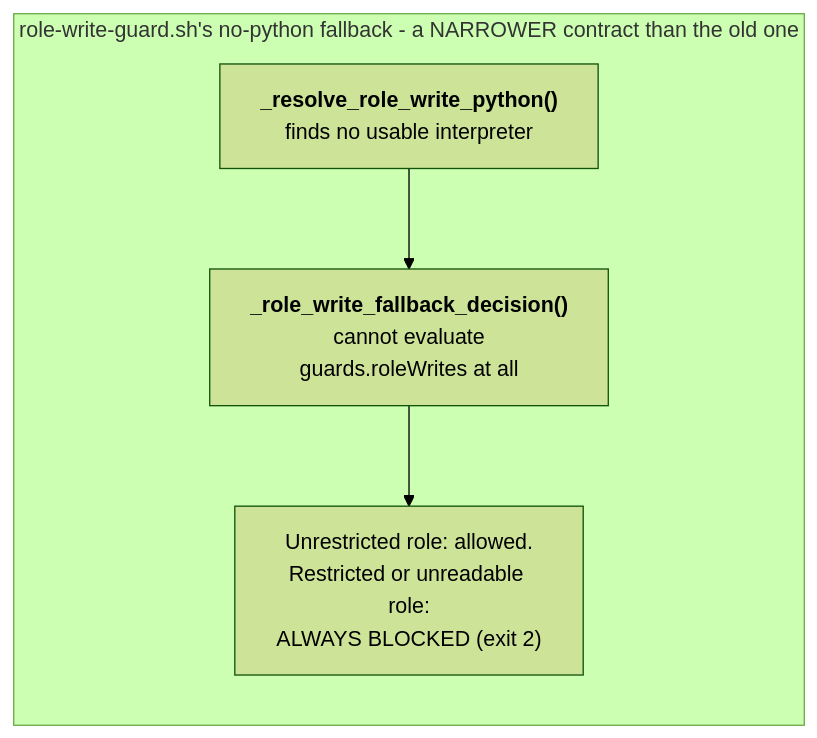
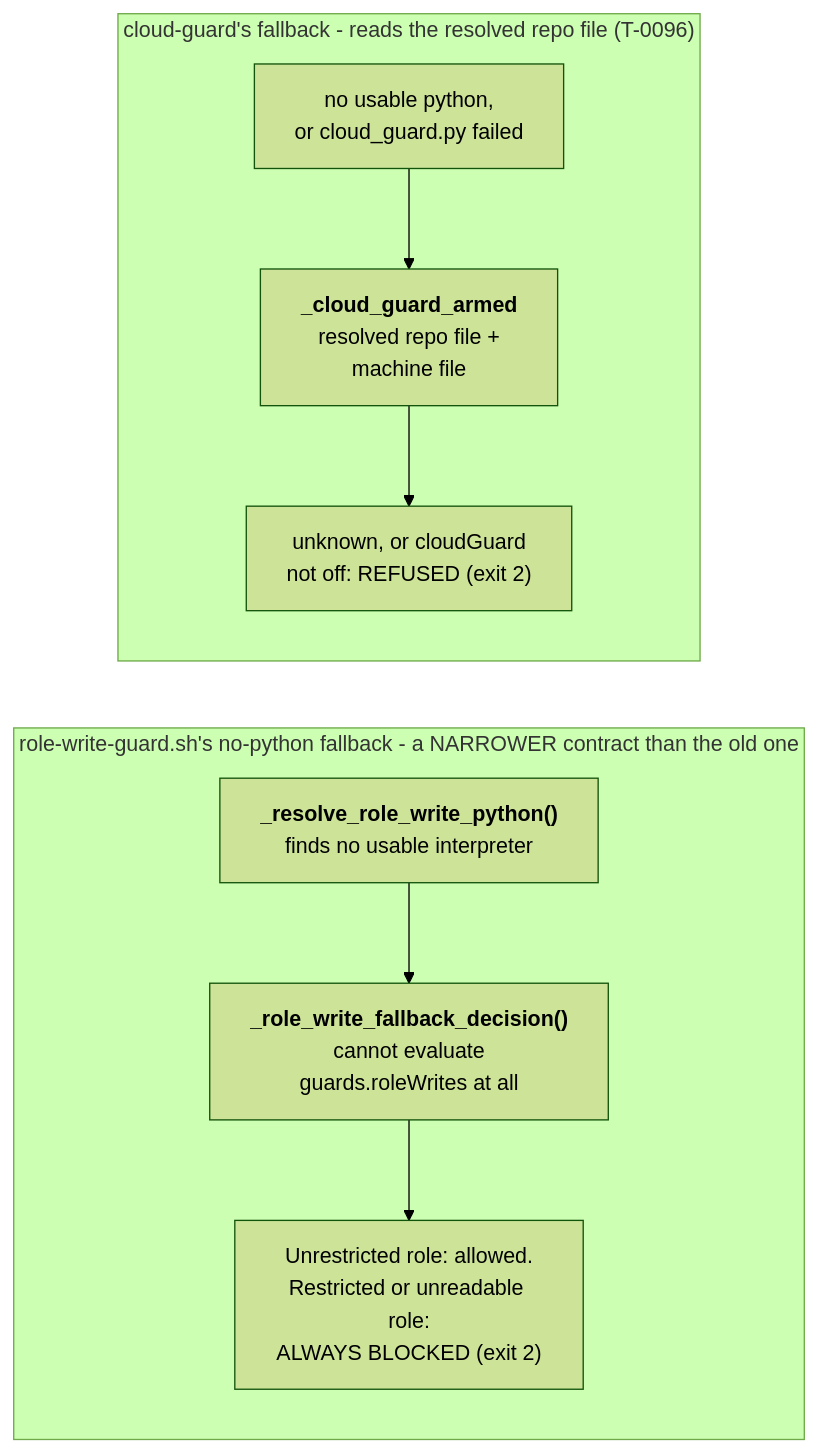
Before and after one commit to mbadali25/useful-claude-add-ons: the fourth of 36 diagrams in docs/diagrams/README.md, drawn with Mermaid (forest theme). The commit also changed other lines of this file and 20 other files, not shown here.

First line of the commit message:
T-0096: docs, verify rule, code map, diagrams; ticket folder removed (ships as code and CHANGELOG)

````diff
--- a/docs/diagrams/README.md
+++ b/docs/diagrams/README.md
@@ -191,11 +191,19 @@
 ```mermaid
 flowchart LR
 
     subgraph NoPython["role-write-guard.sh's no-python fallback - a NARROWER contract than the old one"]
         direction TB
         NP1["<b>_resolve_role_write_python()</b><br/>finds no usable interpreter"]
         NP2["<b>_role_write_fallback_decision()</b><br/>cannot evaluate<br/>guards.roleWrites at all"]
         NP3["Unrestricted role: allowed.<br/>Restricted or unreadable role:<br/>ALWAYS BLOCKED (exit 2)"]
         NP1 --> NP2 --> NP3
     end
+
+    subgraph CloudNoPython["cloud-guard's fallback - reads the resolved repo file (T-0096)"]
+        direction TB
+        CG1["no usable python,<br/>or cloud_guard.py failed"]
+        CG2["<b>_cloud_guard_armed</b><br/>resolved repo file +<br/>machine file"]
+        CG3["unknown, or cloudGuard<br/>not off: REFUSED (exit 2)"]
+        CG1 --> CG2 --> CG3
+    end
 ```
````
